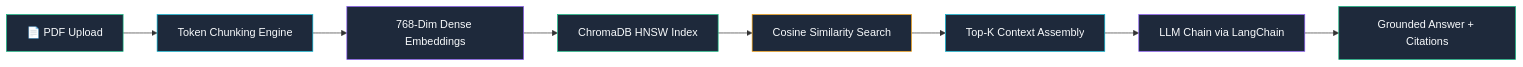
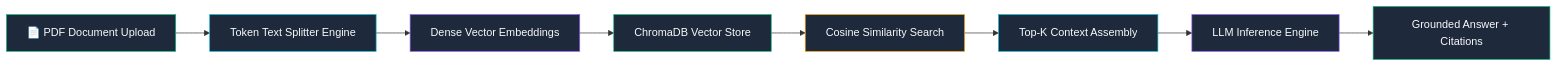
The diagram in README.md (UMARMUKTHAR03/rag-ai-chatbot), drawn with Mermaid before and after one commit. The commit also changed other lines of this file, not shown here.

````diff
--- a/README.md
+++ b/README.md
@@ -33,19 +35,19 @@
 ```mermaid
 graph LR
-    A["📄 PDF Upload"] --> B["Token Chunking Engine"]
-    B --> C["768-Dim Dense Embeddings"]
-    C --> D["ChromaDB HNSW Index"]
+    A["📄 PDF Document Upload"] --> B["Token Text Splitter Engine"]
+    B --> C["Dense Vector Embeddings"]
+    C --> D["ChromaDB Vector Store"]
     D --> E["Cosine Similarity Search"]
     E --> F["Top-K Context Assembly"]
-    F --> G["LLM Chain via LangChain"]
+    F --> G["LLM Inference Engine"]
     G --> H["Grounded Answer + Citations"]
 
     style A fill:#1e293b,stroke:#10b981,color:#f8fafc
     style B fill:#1e293b,stroke:#06b6d4,color:#f8fafc
     style C fill:#1e293b,stroke:#8b5cf6,color:#f8fafc
     style D fill:#1e293b,stroke:#10b981,color:#f8fafc
     style E fill:#1e293b,stroke:#f59e0b,color:#f8fafc
     style F fill:#1e293b,stroke:#06b6d4,color:#f8fafc
     style G fill:#1e293b,stroke:#8b5cf6,color:#f8fafc
     style H fill:#1e293b,stroke:#10b981,color:#f8fafc
 ```
````
